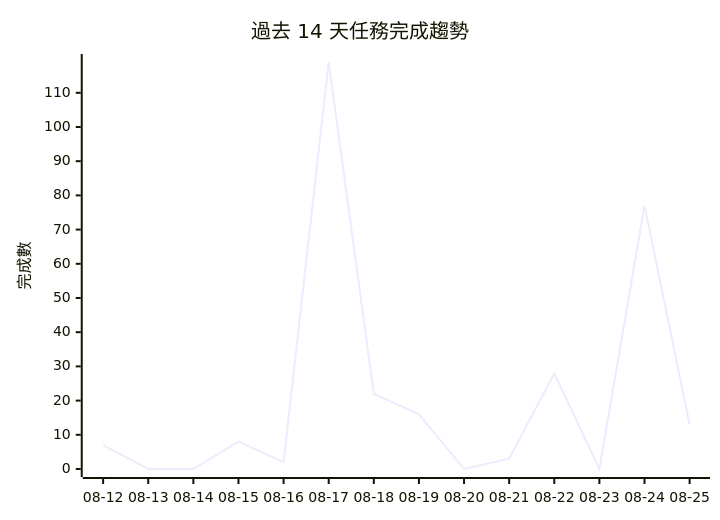
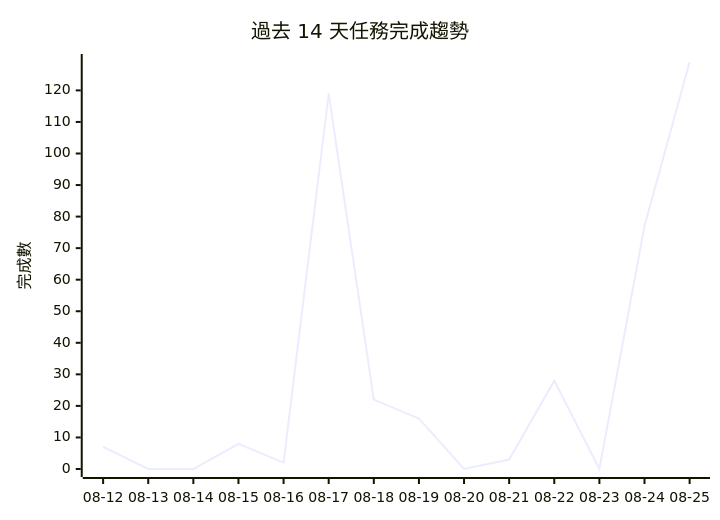
One commit to gentoobreaking/ai-tasks changed the diagram in PROJECTS.md. Above: the diagram before and after it, drawn with Mermaid. The commit also changed other lines of this file and 219 other files, not shown here.

````diff
--- a/PROJECTS.md
+++ b/PROJECTS.md
@@ -128,7 +163,7 @@
 ```mermaid
 xychart-beta
     title "過去 14 天任務完成趨勢"
     x-axis ["08-12", "08-13", "08-14", "08-15", "08-16", "08-17", "08-18", "08-19", "08-20", "08-21", "08-22", "08-23", "08-24", "08-25"]
-    y-axis "完成數" 0 --> 119
-    line [7, 0, 0, 8, 2, 119, 22, 16, 0, 3, 28, 0, 77, 13]
+    y-axis "完成數" 0 --> 129
+    line [7, 0, 0, 8, 2, 119, 22, 16, 0, 3, 28, 0, 77, 129]
 ```
````
